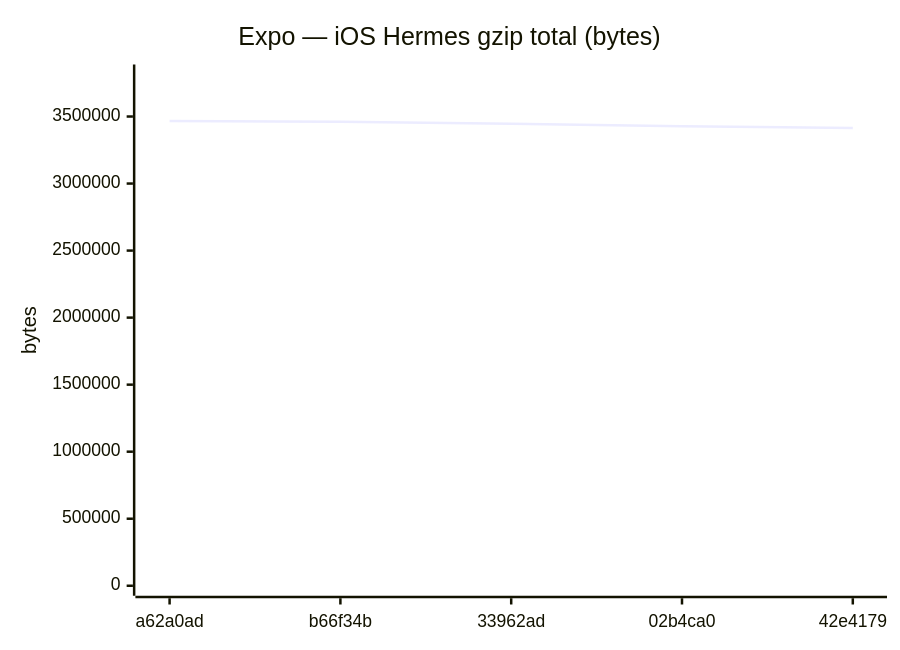
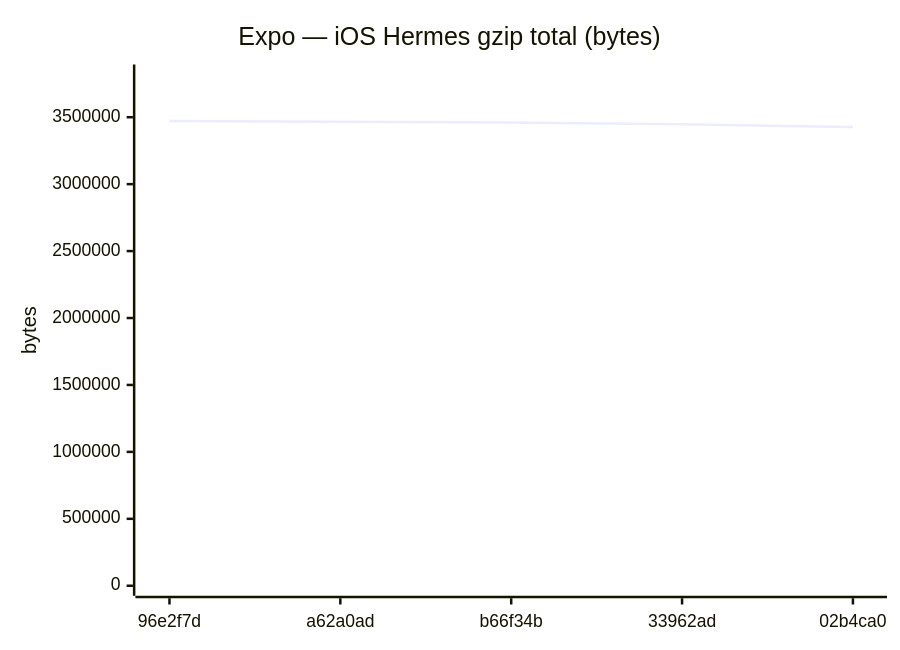
Diagram 12 of 18 in benchmarks/compare.md (Metaheurist/Rianell), drawn with Mermaid before and after one commit. The commit also changed other lines of this file and 11 other files, not shown here.

````diff
--- a/benchmarks/compare.md
+++ b/benchmarks/compare.md
@@ -179,7 +179,7 @@
 ```mermaid
 xychart-beta
     title "Expo — iOS Hermes gzip total (bytes)"
-    x-axis ["a62a0ad", "b66f34b", "33962ad", "02b4ca0", "42e4179"]
-    y-axis "bytes" 0 --> 3813431
-    line [3466755, 3460455, 3446796, 3426562, 3414256]
+    x-axis ["96e2f7d", "a62a0ad", "b66f34b", "33962ad", "02b4ca0"]
+    y-axis "bytes" 0 --> 3819054
+    line [3471867, 3466755, 3460455, 3446796, 3426562]
 ```
````
